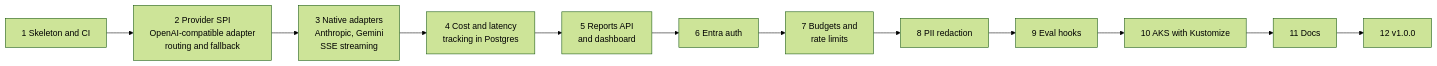
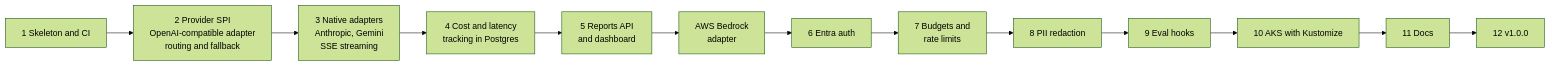
The diagram in docs/roadmap.md (rmkr-dev/rag-eval-gateway), drawn with Mermaid (forest theme) before and after one commit. The commit also changed other lines of this file and 4 other files, not shown here.

Commit message:
Document the Bedrock adapter and the last-target status rule

````diff
--- a/docs/roadmap.md
+++ b/docs/roadmap.md
@@ -3,14 +3,15 @@
 ```mermaid
 flowchart LR
     A[1 Skeleton and CI] --> B[2 Provider SPI<br/>OpenAI-compatible adapter<br/>routing and fallback]
     B --> C[3 Native adapters<br/>Anthropic, Gemini<br/>SSE streaming]
     C --> D[4 Cost and latency<br/>tracking in Postgres]
     D --> E[5 Reports API<br/>and dashboard]
-    E --> F[6 Entra auth]
+    E --> BR[AWS Bedrock<br/>adapter]
+    BR --> F[6 Entra auth]
     F --> G[7 Budgets and<br/>rate limits]
     G --> H[8 PII redaction]
     H --> I[9 Eval hooks]
     I --> J[10 AKS with Kustomize]
     J --> K[11 Docs]
     K --> L[12 v1.0.0]
 ```
````
